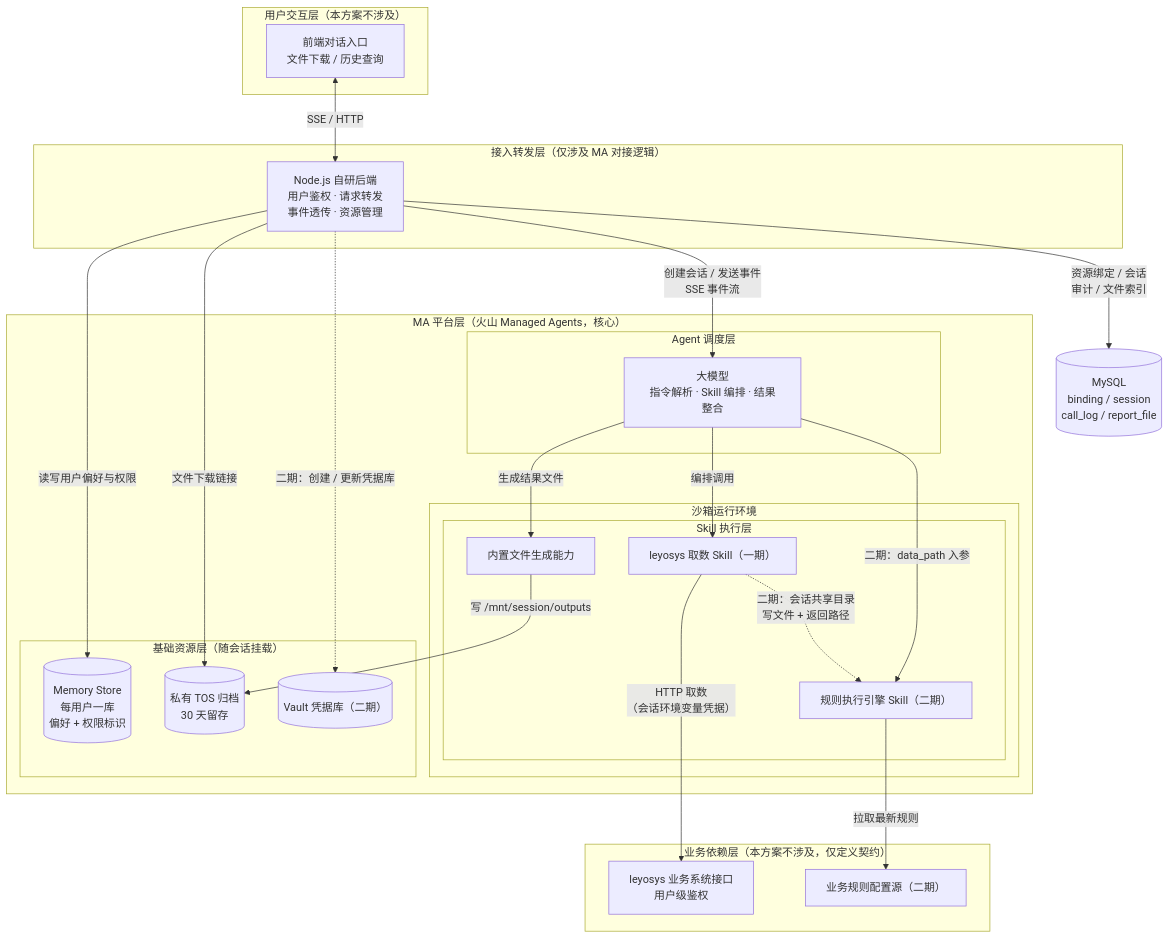
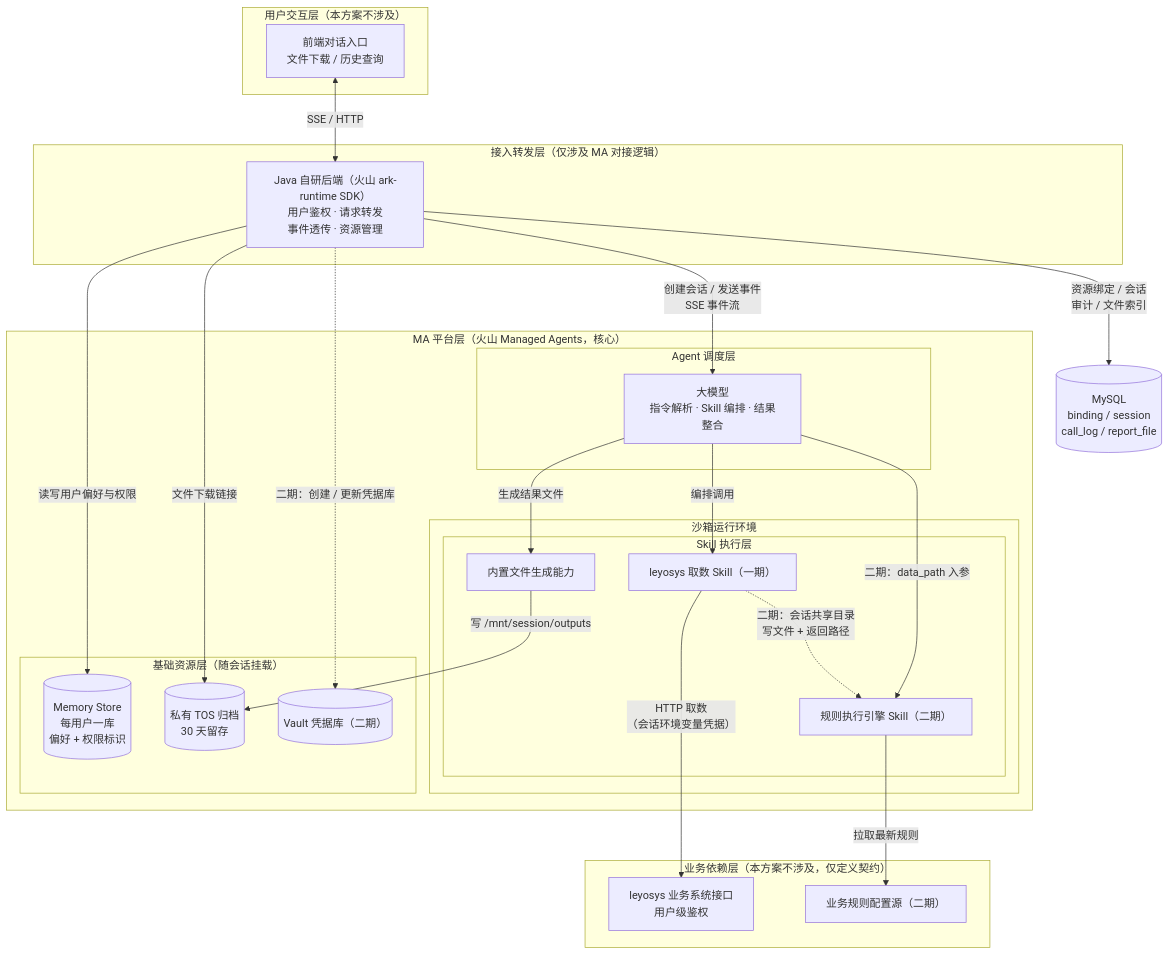
The diagram in docs/调研文档/managed-agents-goods-analysis-design.md (NagiZ/volcane-demo), drawn with Mermaid before and after one commit. The commit also changed other lines of this file, not shown here.

Commit message:
docs: 接入层由 Node.js 改为火山 Java SDK（ark-runtime）

````diff
--- a/docs/调研文档/managed-agents-goods-analysis-design.md
+++ b/docs/调研文档/managed-agents-goods-analysis-design.md
@@ -126,52 +127,52 @@
 ```mermaid
 flowchart TB
     subgraph L1["用户交互层（本方案不涉及）"]
         FE["前端对话入口<br/>文件下载 / 历史查询"]
     end
 
     subgraph L2["接入转发层（仅涉及 MA 对接逻辑）"]
-        NODE["Node.js 自研后端<br/>用户鉴权 · 请求转发<br/>事件透传 · 资源管理"]
+        JAVA["Java 自研后端（火山 ark-runtime SDK）<br/>用户鉴权 · 请求转发<br/>事件透传 · 资源管理"]
     end
 
     subgraph L3["MA 平台层（火山 Managed Agents，核心）"]
         subgraph L3A["Agent 调度层"]
             LLM["大模型<br/>指令解析 · Skill 编排 · 结果整合"]
         end
         subgraph SBX["沙箱运行环境"]
             subgraph L3B["Skill 执行层"]
                 S1["leyosys 取数 Skill（一期）"]
                 S2["规则执行引擎 Skill（二期）"]
                 FGEN["内置文件生成能力"]
             end
         end
         subgraph L3C["基础资源层（随会话挂载）"]
             MS[("Memory Store<br/>每用户一库<br/>偏好 + 权限标识")]
             TOS[("私有 TOS 归档<br/>30 天留存")]
             VAULT[("Vault 凭据库（二期）")]
         end
     end
 
     subgraph L4["业务依赖层（本方案不涉及，仅定义契约）"]
         LEY["leyosys 业务系统接口<br/>用户级鉴权"]
         RULE["业务规则配置源（二期）"]
     end
 
     DB[("MySQL<br/>binding / session<br/>call_log / report_file")]
 
-    FE <-->|"SSE / HTTP"| NODE
-    NODE -->|"创建会话 / 发送事件<br/>SSE 事件流"| LLM
-    NODE -->|"读写用户偏好与权限"| MS
-    NODE -->|"资源绑定 / 会话<br/>审计 / 文件索引"| DB
-    NODE -->|"文件下载链接"| TOS
-    NODE -.->|"二期：创建 / 更新凭据库"| VAULT
+    FE <-->|"SSE / HTTP"| JAVA
+    JAVA -->|"创建会话 / 发送事件<br/>SSE 事件流"| LLM
+    JAVA -->|"读写用户偏好与权限"| MS
+    JAVA -->|"资源绑定 / 会话<br/>审计 / 文件索引"| DB
+    JAVA -->|"文件下载链接"| TOS
+    JAVA -.->|"二期：创建 / 更新凭据库"| VAULT
 
     LLM -->|"编排调用"| S1
     LLM -->|"二期：data_path 入参"| S2
     LLM -->|"生成结果文件"| FGEN
 
     S1 -->|"HTTP 取数<br/>（会话环境变量凭据）"| LEY
     S2 -->|"拉取最新规则"| RULE
     FGEN -->|"写 /mnt/session/outputs"| TOS
 
     S1 -.->|"二期：会话共享目录<br/>写文件 + 返回路径"| S2
 ```
````
